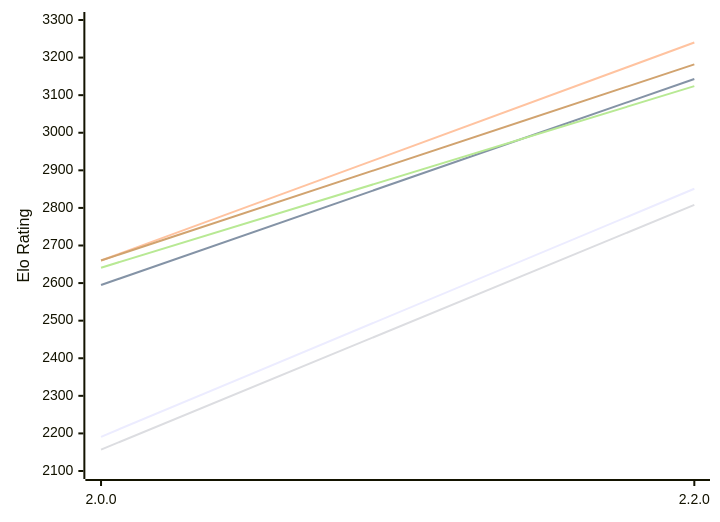
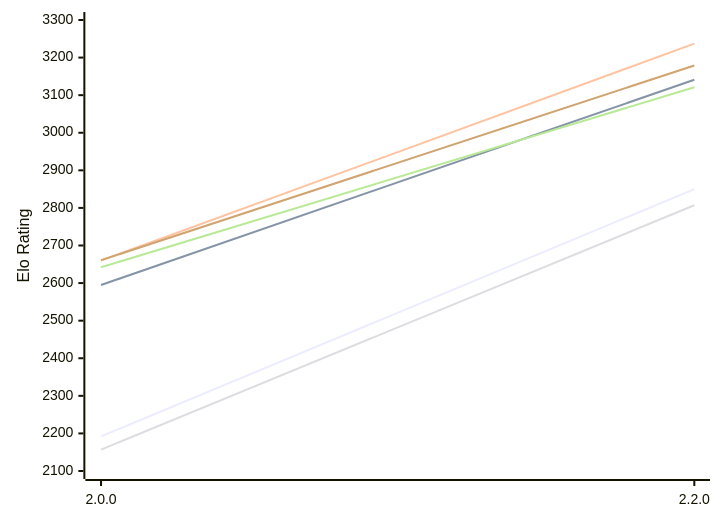
One commit to computer-chess-index/cci changed the first of 2 diagrams in engines/SoloEngine.md. Above: the diagram before and after it, drawn with Mermaid. The commit also changed other lines of this file, not shown here.

Commit message:
Update CCI Ratings (ELO VLTC) - 2026-11-19

````diff
--- a/engines/SoloEngine.md
+++ b/engines/SoloEngine.md
@@ -55,12 +55,12 @@
 ```mermaid
 %%{init: {"theme":"base","themeVariables":{"seriesColors:['#a3a3a3','#222221','#faa371']}}}%%
 xychart-beta
   x-axis ["2.0.0", "2.2.0"]
   y-axis "Elo Rating" 2100 --> 3300
-  line "E1: STC (8.0+0.08s)" [2191, 2851]
-  line "E1: LTC (60.0+0.60s)" [2595, 3143]
-  line "E1: VLTC (2m24s+1.12s)" [2660, 3240]
-  line "P1: STC (8.0+0.08s)" [2157, 2808]
-  line "P1: LTC (60.0+0.60s)" [2641, 3124]
-  line "P1: VLTC (2m24s+1.12s)" [2660, 3182]
+  line "E1: STC (8.0+0.08s)" [2192, 2850]
+  line "E1: LTC (60.0+0.60s)" [2595, 3141]
+  line "E1: VLTC (2m24s+1.12s)" [2660, 3237]
+  line "P1: STC (8.0+0.08s)" [2157, 2807]
+  line "P1: LTC (60.0+0.60s)" [2642, 3121]
+  line "P1: VLTC (2m24s+1.12s)" [2661, 3179]
 ```
````
